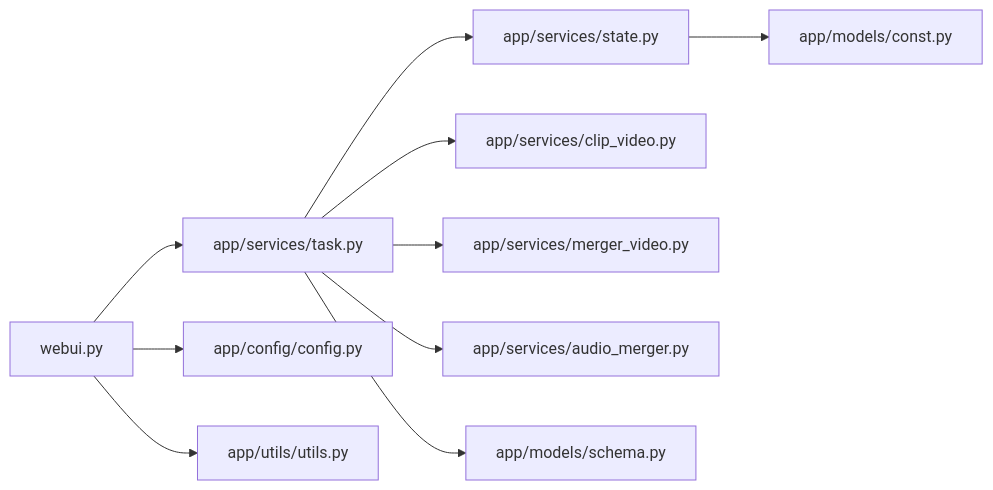
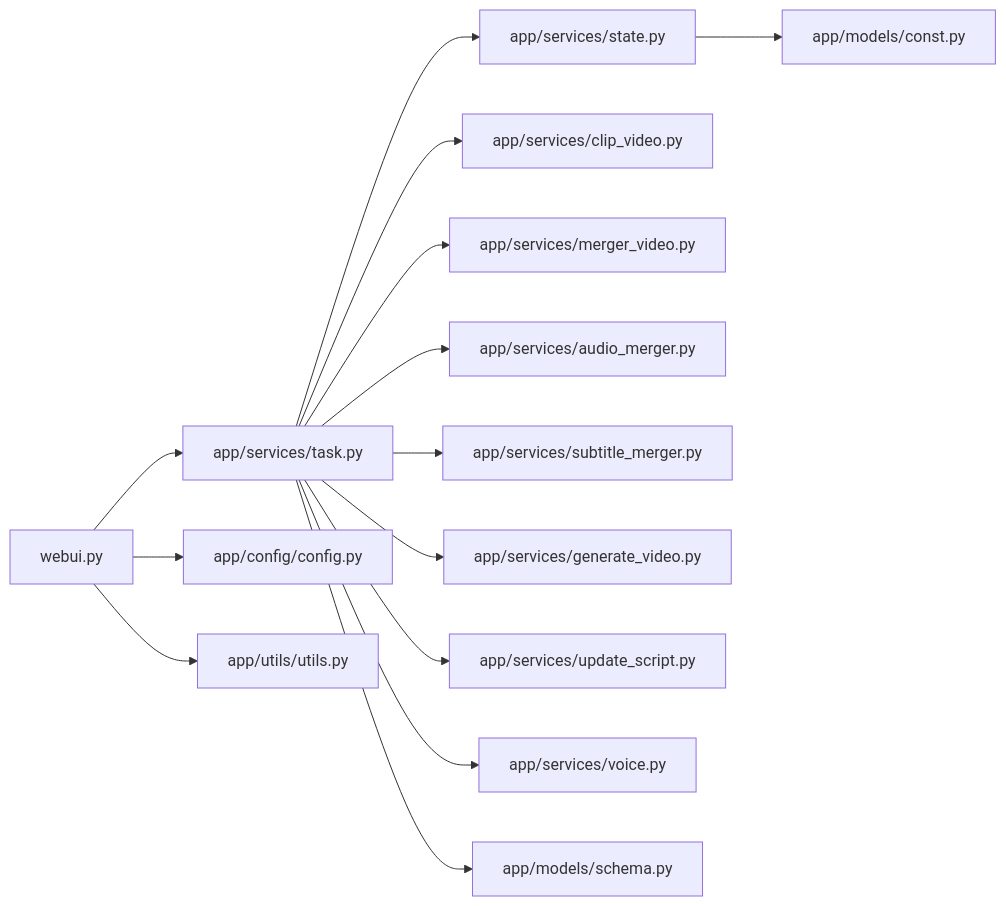
One commit to wowoduang/AIVideoClaude changed the seventh of 7 diagrams in .qoder/repowiki/zh/content/API参考/任务调度API.md. Above: the diagram before and after it, drawn with Mermaid. The commit also changed other lines of this file and 26 other files, not shown here.

````diff
--- a/.qoder/repowiki/zh/content/API参考/任务调度API.md
+++ b/.qoder/repowiki/zh/content/API参考/任务调度API.md
@@ -305,12 +358,16 @@
 ```mermaid
 graph LR
 WebUI["webui.py"] --> Task["app/services/task.py"]
 Task --> State["app/services/state.py"]
 Task --> Clip["app/services/clip_video.py"]
 Task --> MergeV["app/services/merger_video.py"]
 Task --> MergeA["app/services/audio_merger.py"]
+Task --> MergeS["app/services/subtitle_merger.py"]
+Task --> GenV["app/services/generate_video.py"]
+Task --> UpdateS["app/services/update_script.py"]
+Task --> Voice["app/services/voice.py"]
 Task --> Schema["app/models/schema.py"]
 State --> Const["app/models/const.py"]
 WebUI --> Config["app/config/config.py"]
 WebUI --> Utils["app/utils/utils.py"]
 ```
````
